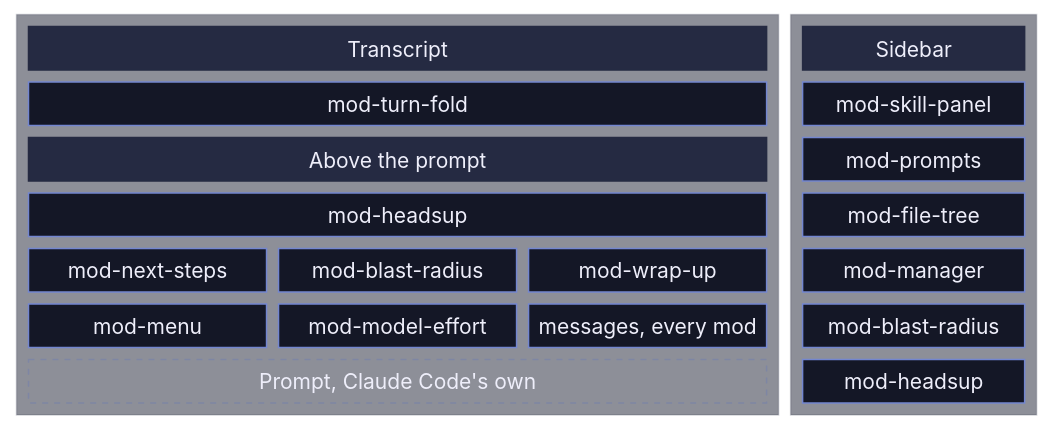
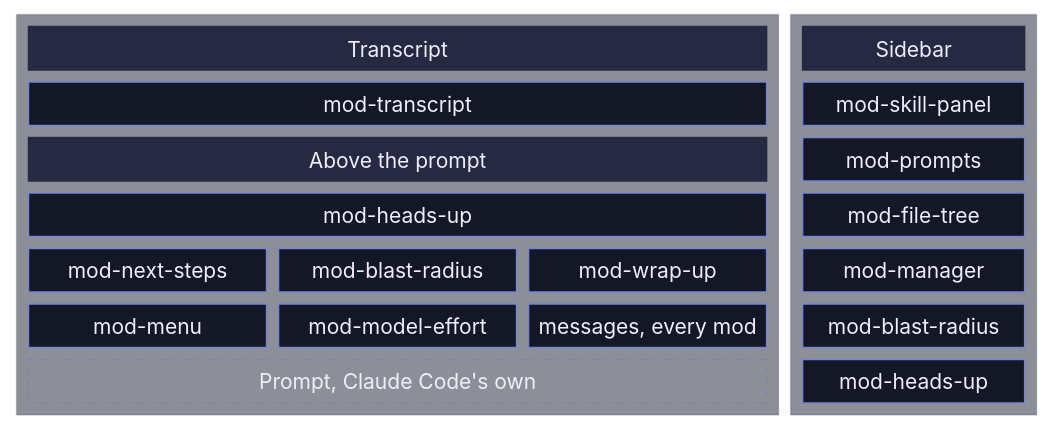
The first of 2 diagrams in README.md (Elliot016/otr-mod), drawn with Mermaid before and after one commit. The commit also changed other lines of this file and 16 other files, not shown here.

First line of the commit message:
refactor: rename mod-turn-fold to mod-transcript and mod-headsup to mod-heads-up

````diff
--- a/README.md
+++ b/README.md
@@ -25,61 +25,61 @@
 ```mermaid
 ---
 config:
   theme: base
   themeVariables:
     darkMode: true
     background: "#0D0E17"
     mainBkg: "#141726"
     primaryColor: "#141726"
     primaryTextColor: "#EEEEFA"
     primaryBorderColor: "#7386d0"
     secondaryColor: "#252A42"
     secondaryTextColor: "#EEEEFA"
     secondaryBorderColor: "#8A9BE0"
     tertiaryColor: "#7386D0"
     tertiaryTextColor: "#EEEEFA"
     tertiaryBorderColor: "#A2B0EA"
     lineColor: "#7386d0"
     textColor: "#EEEEFA"
     titleColor: "#EEEEFA"
     nodeBorder: "#7386d0"
     nodeTextColor: "#EEEEFA"
     clusterBkg: "#1C2033"
     clusterBorder: "#252A42"
     edgeLabelBackground: "#141726"
     arrowheadColor: "#7386d0"
     border1: "#7386d0"
     border2: "#7E86A4"
     activationBorderColor: "#ffcb6b"
     errorBkgColor: "#7386D0"
     errorTextColor: "#EEEEFA"
     fontFamily: "Mulish, system-ui, sans-serif"
     fontSize: "14px"
 ---
 block-beta
   columns 4
   block:main:3
     columns 3
     transcript["Transcript"]:3
-    turnfold["mod-turn-fold"]:3
+    transcriptmod["mod-transcript"]:3
     band["Above the prompt"]:3
-    headsup["mod-headsup"]:3
+    headsup["mod-heads-up"]:3
     nextsteps["mod-next-steps"] blast["mod-blast-radius"] wrapup["mod-wrap-up"]
     menu["mod-menu"] effort["mod-model-effort"] toasts["messages, every mod"]
     prompt["Prompt, Claude Code's own"]:3
   end
   block:side:1
     columns 1
     sidebar["Sidebar"]
     skills["mod-skill-panel"]
     prompts["mod-prompts"]
     files["mod-file-tree"]
     manager["mod-manager"]
     details["mod-blast-radius"]
-    headsuppanel["mod-headsup"]
+    headsuppanel["mod-heads-up"]
   end
   classDef region fill:#252A42,stroke:#252A42,color:#EEEEFA
   classDef ghost fill:transparent,stroke:#7E86A4,stroke-dasharray:4 4,color:#7E86A4
   class transcript,band,sidebar region
   class prompt ghost
 ```
````
